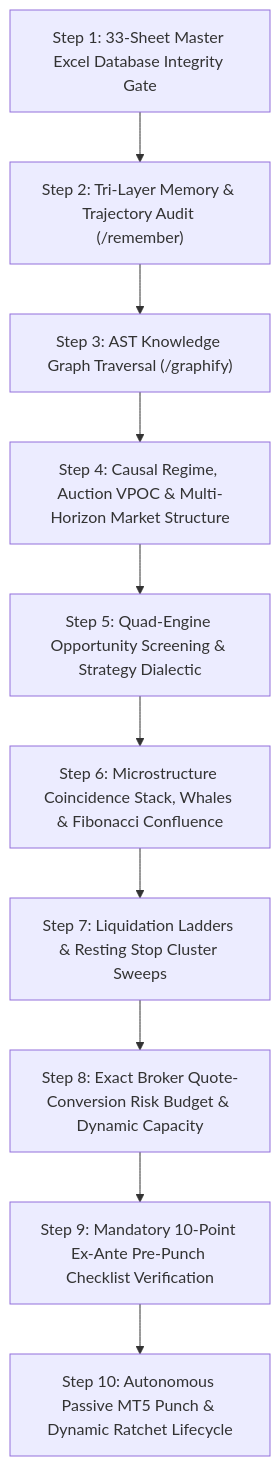
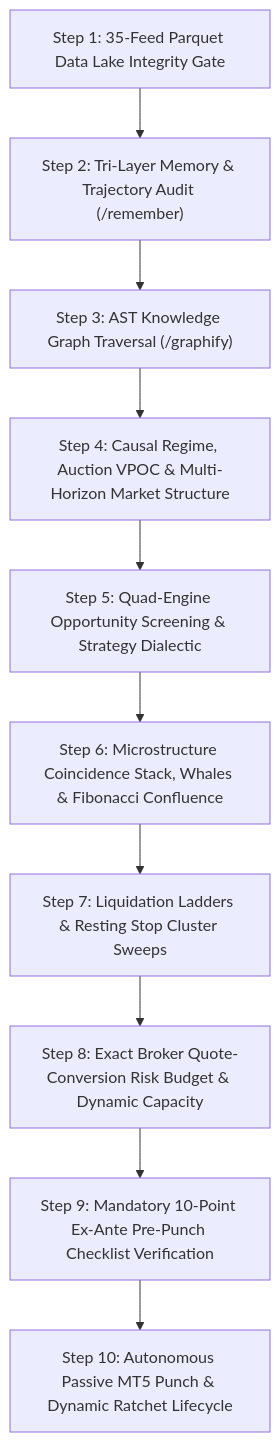
Before and after one commit to kbsingh1399/Trading_2: the second of 3 diagrams in docs/specs/STANDARDIZED_TRADING_DECISION_CHAIN.md, drawn with Mermaid. The commit also changed other lines of this file and 239 other files, not shown here.

First line of the commit message:
feat(parquet): complete 35-feed parquet migration, footprint bar metrics & narrative decision chain

````diff
--- a/docs/specs/STANDARDIZED_TRADING_DECISION_CHAIN.md
+++ b/docs/specs/STANDARDIZED_TRADING_DECISION_CHAIN.md
@@ -202,12 +214,12 @@
 ```mermaid
 flowchart TD
-    Step1["Step 1: 33-Sheet Master Excel Database Integrity Gate"] --> Step2["Step 2: Tri-Layer Memory & Trajectory Audit (/remember)"]
+    Step1["Step 1: 35-Feed Parquet Data Lake Integrity Gate"] --> Step2["Step 2: Tri-Layer Memory & Trajectory Audit (/remember)"]
     Step2 --> Step3["Step 3: AST Knowledge Graph Traversal (/graphify)"]
     Step3 --> Step4["Step 4: Causal Regime, Auction VPOC & Multi-Horizon Market Structure"]
     Step4 --> Step5["Step 5: Quad-Engine Opportunity Screening & Strategy Dialectic"]
     Step5 --> Step6["Step 6: Microstructure Coincidence Stack, Whales & Fibonacci Confluence"]
     Step6 --> Step7["Step 7: Liquidation Ladders & Resting Stop Cluster Sweeps"]
     Step7 --> Step8["Step 8: Exact Broker Quote-Conversion Risk Budget & Dynamic Capacity"]
     Step8 --> Step9["Step 9: Mandatory 10-Point Ex-Ante Pre-Punch Checklist Verification"]
     Step9 --> Step10["Step 10: Autonomous Passive MT5 Punch & Dynamic Ratchet Lifecycle"]
 ```
````
